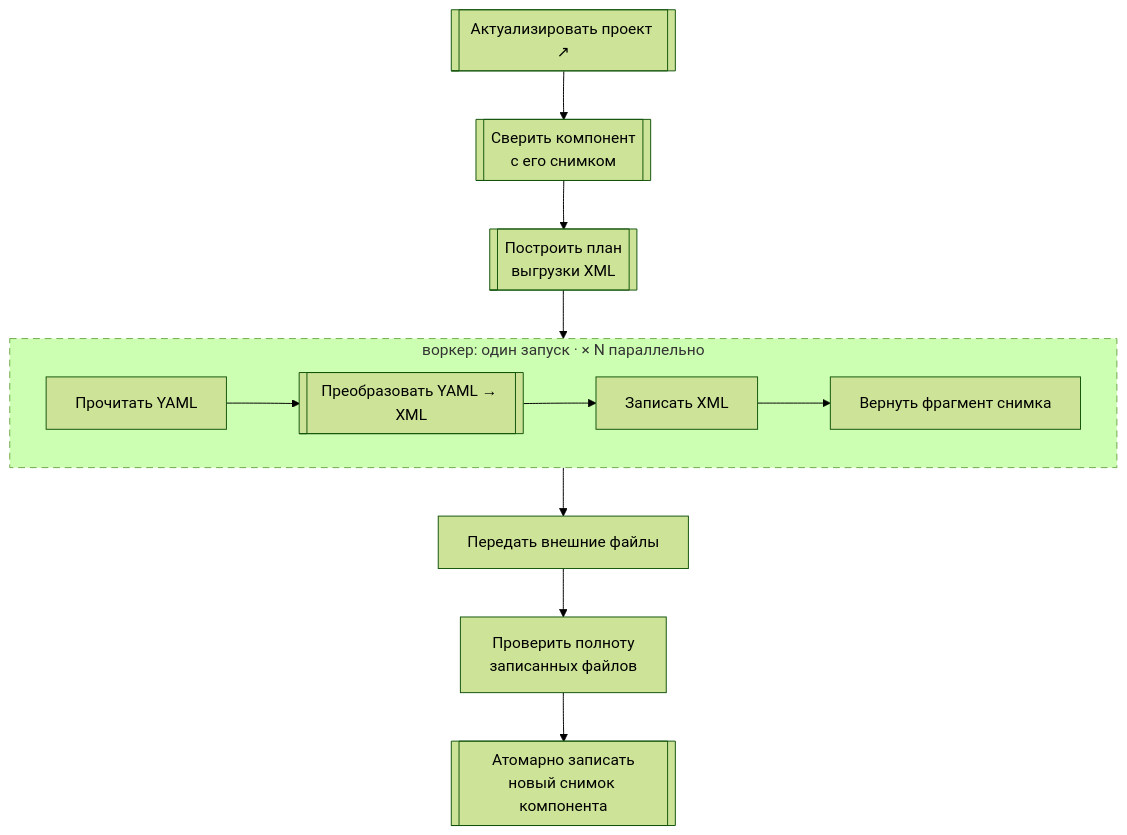
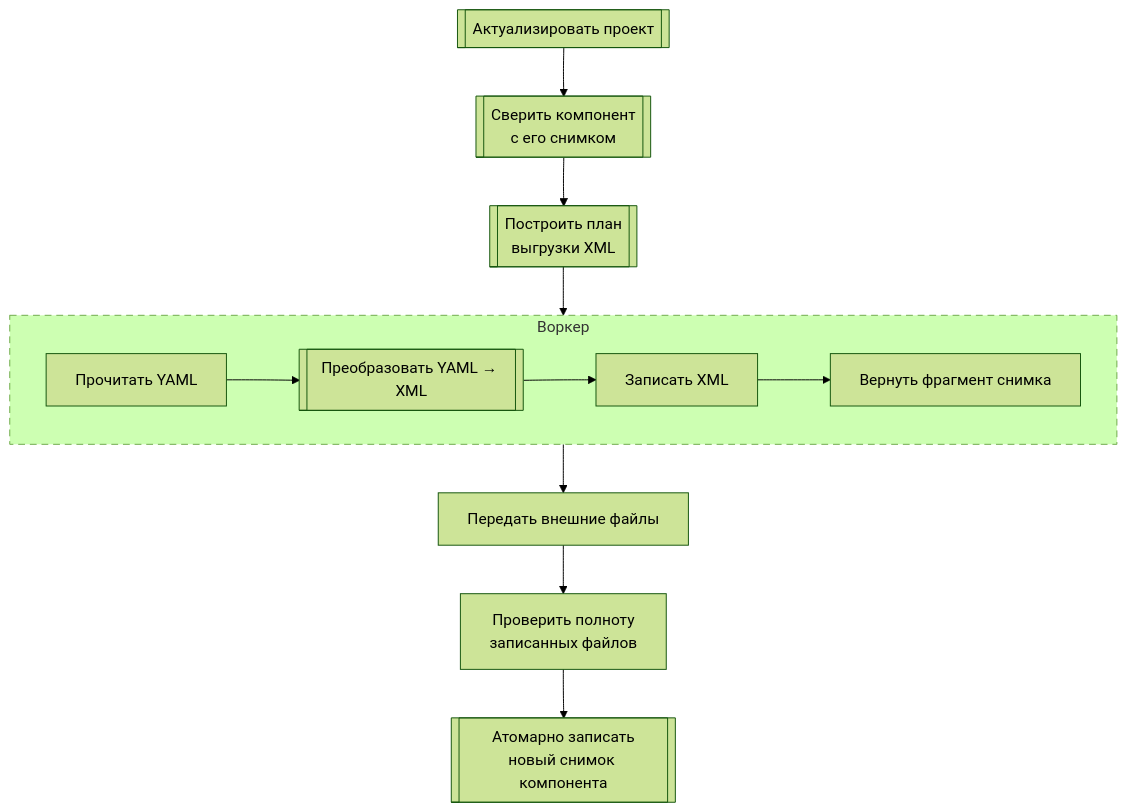
The seventh of 10 diagrams in .agents/architecture.md (crimsongoldteam/nkdk), drawn with Mermaid (forest theme) before and after one commit. The commit also changed other lines of this file and 1 other file, not shown here.

First line of the commit message:
docs: :memo: актуализировать архитектурный монитор

````diff
--- a/.agents/architecture.md
+++ b/.agents/architecture.md
@@ -176,18 +236,18 @@
 ```mermaid
 flowchart TD
-  validate[["Актуализировать проект ↗"]]
+  validate[["Актуализировать проект"]]
   target[["Сверить компонент<br/>с его снимком"]]
   plan[["Построить план<br/>выгрузки XML"]]
 
-  subgraph fullSyncJob["воркер: один запуск · × N параллельно"]
+  subgraph fullSyncJob["Воркер"]
     direction LR
     readYaml["Прочитать YAML"] --> toXml[["Преобразовать YAML → XML"]] --> writeXml["Записать XML"] --> fragment["Вернуть фрагмент снимка"]
   end
 
   external["Передать внешние файлы"]
   check["Проверить полноту<br/>записанных файлов"]
   snapshot[["Атомарно записать<br/>новый снимок компонента"]]
 
   validate --> target --> plan --> fullSyncJob --> external --> check --> snapshot
   style fullSyncJob stroke-dasharray: 7 5
 ```
````
